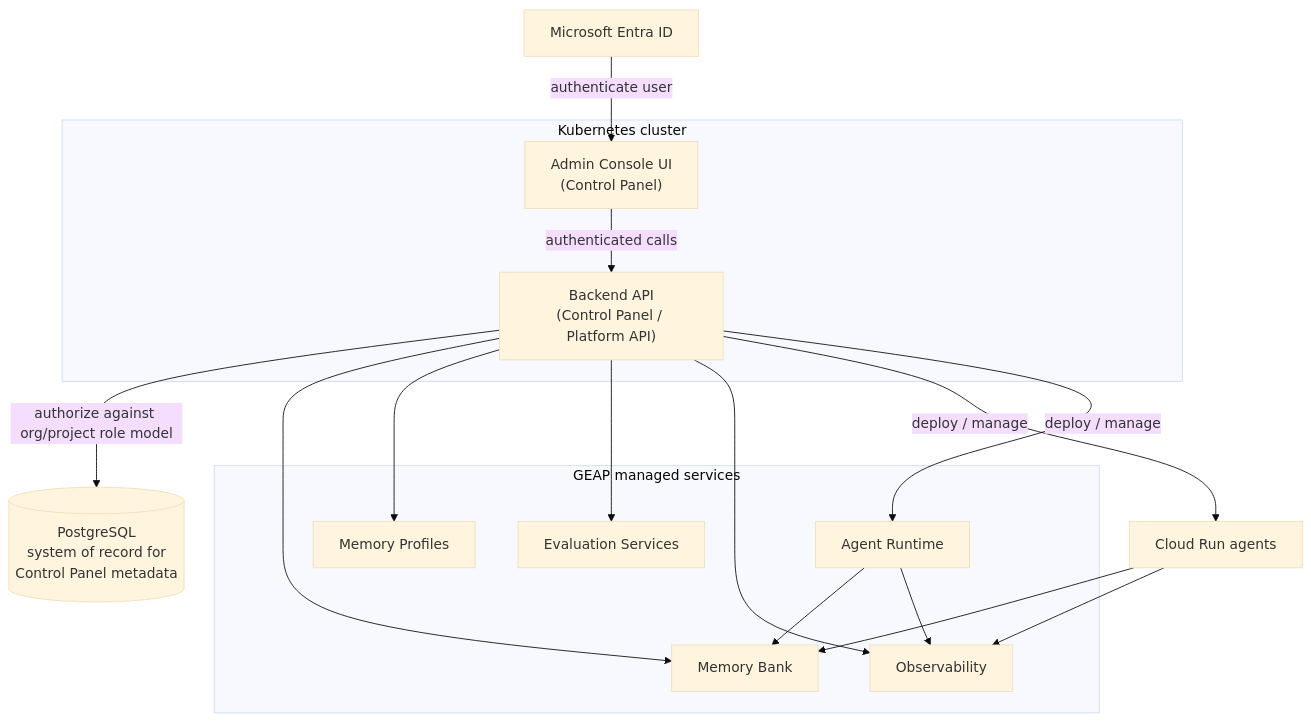
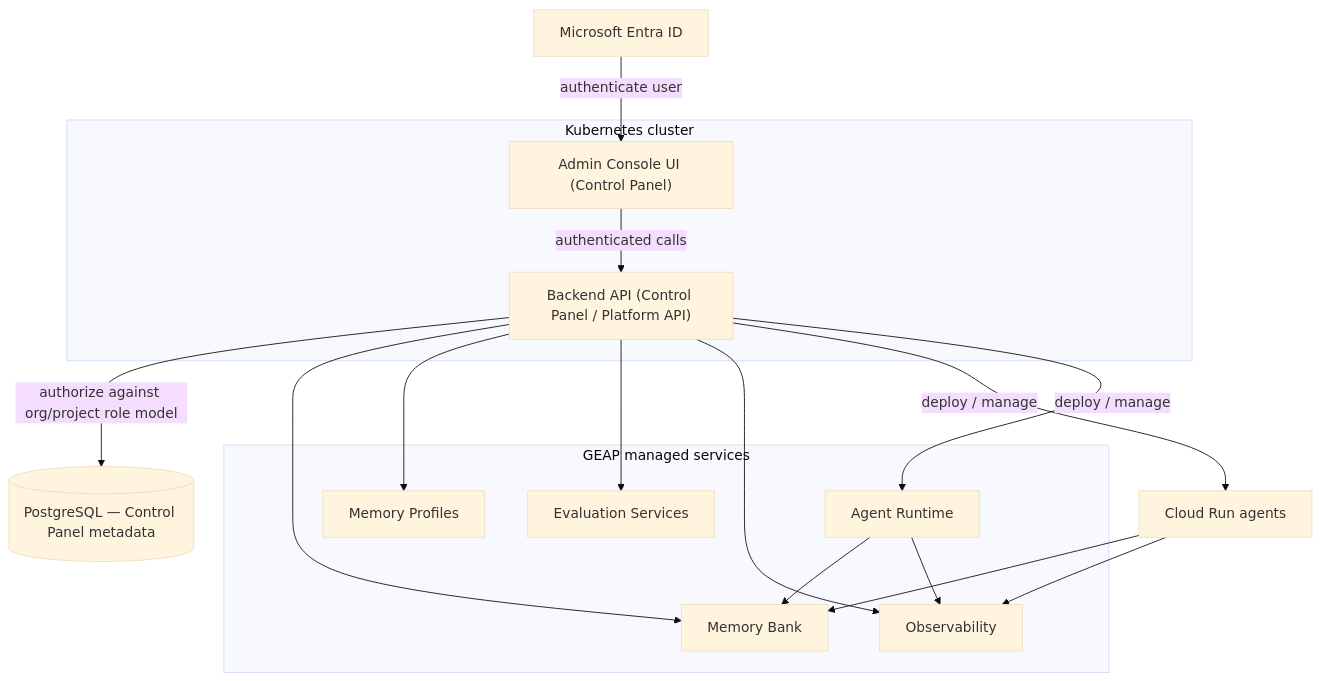
The third of 3 diagrams in docs/GEAP_Platform_Reference_Architecture.md (connect2srinu/jeep-memory-storage), drawn with Mermaid (base theme) before and after one commit. The commit also changed other lines of this file and 31 other files, not shown here.

````diff
--- a/docs/GEAP_Platform_Reference_Architecture.md
+++ b/docs/GEAP_Platform_Reference_Architecture.md
@@ -302,35 +301,30 @@
 ```mermaid
 flowchart TB
     ENTRA["Microsoft Entra ID"]
-
     subgraph K8S["Kubernetes cluster"]
-        UI["Admin Console UI<br/>(Control Panel)"]
-        API["Backend API<br/>(Control Panel / Platform API)"]
+        UI["Admin Console UI (Control Panel)"]
+        API["Backend API (Control Panel / Platform API)"]
     end
-
-    PG[("PostgreSQL<br/>system of record for<br/>Control Panel metadata")]
-
+    PG[("PostgreSQL — Control Panel metadata")]
     subgraph GEAP["GEAP managed services"]
         AR["Agent Runtime"]
         MB["Memory Bank"]
         MP["Memory Profiles"]
         EV["Evaluation Services"]
         OB["Observability"]
     end
-
     CR["Cloud Run agents"]
-
     ENTRA -->|"authenticate user"| UI
     UI -->|"authenticated calls"| API
     API -->|"authorize against org/project role model"| PG
     API --> MB
     API --> MP
     API --> EV
     API --> OB
     API -->|"deploy / manage"| CR
     API -->|"deploy / manage"| AR
     CR --> MB
     AR --> MB
     CR --> OB
     AR --> OB
 ```
````
